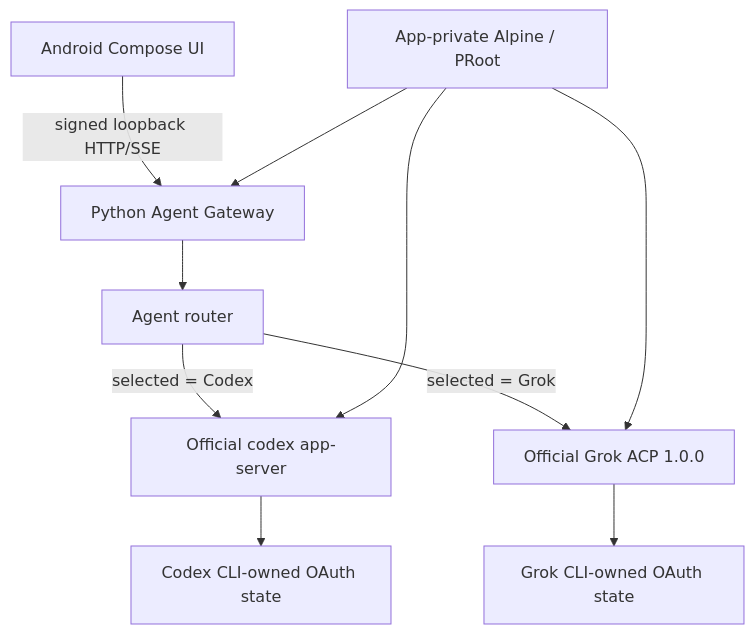
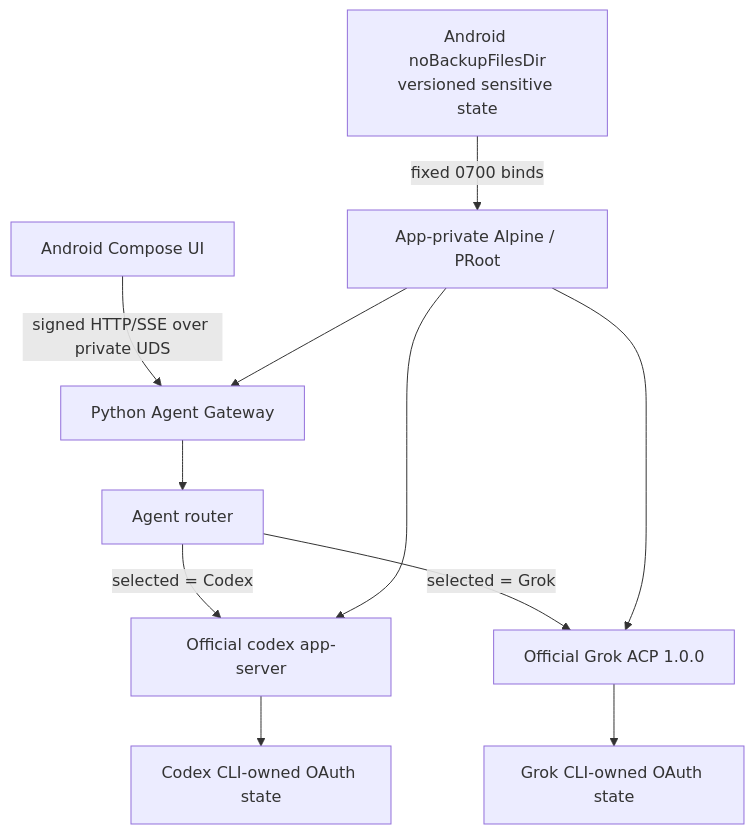
Before and after one commit to coreline-ai/alpine-codex-cli-client: the diagram in docs/architecture.md, drawn with Mermaid. The commit also changed other lines of this file and 146 other files, not shown here.

````diff
--- a/docs/architecture.md
+++ b/docs/architecture.md
@@ -7,12 +7,13 @@
 ```mermaid
 flowchart TD
-    UI["Android Compose UI"] -->|"signed loopback HTTP/SSE"| GW["Python Agent Gateway"]
+    UI["Android Compose UI"] -->|"signed HTTP/SSE over private UDS"| GW["Python Agent Gateway"]
     GW --> RT["Agent router"]
     RT -->|"selected = Codex"| CX["Official codex app-server"]
     RT -->|"selected = Grok"| GR["Official Grok ACP 1.0.0"]
     CX --> CO["Codex CLI-owned OAuth state"]
     GR --> GO["Grok CLI-owned OAuth state"]
     HOST["App-private Alpine / PRoot"] --> GW
     HOST --> CX
     HOST --> GR
+    NB["Android noBackupFilesDir\nversioned sensitive state"] -->|"fixed 0700 binds"| HOST
 ```
````
